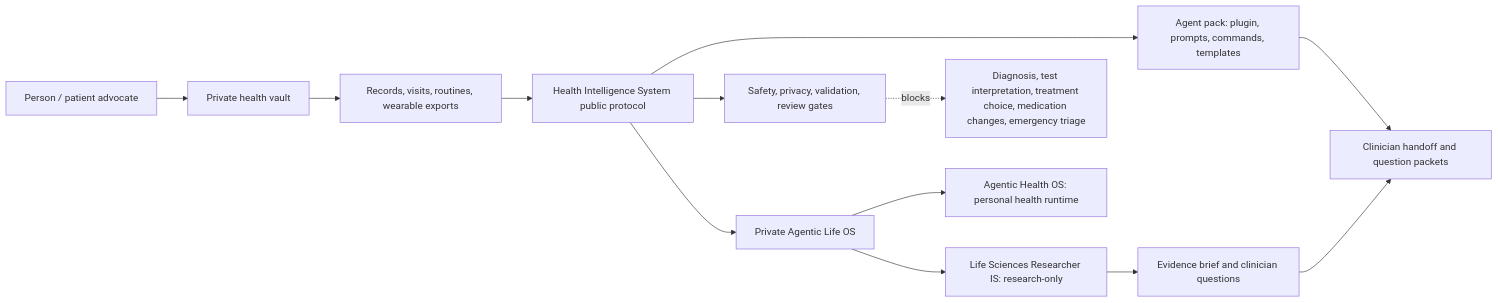
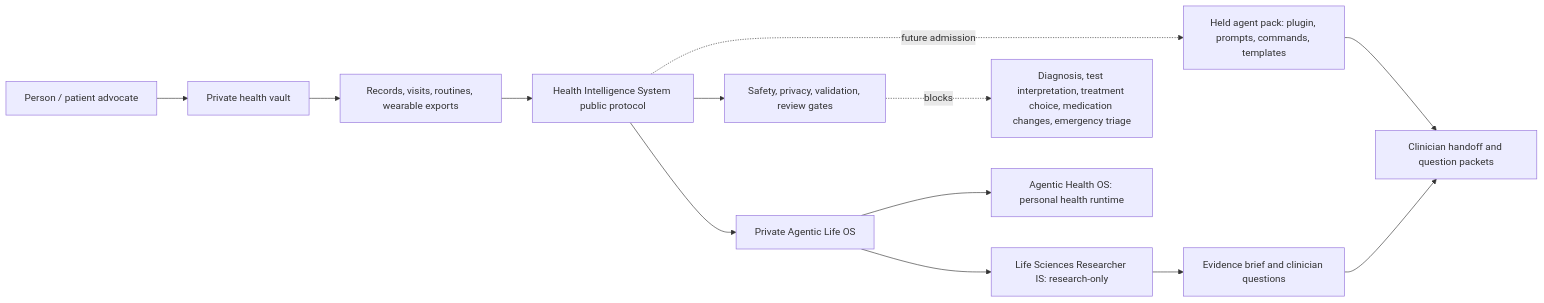
One commit to frankxai/health-intelligence-system changed the diagram in README.md. Above: the diagram before and after it, drawn with Mermaid. The commit also changed other lines of this file and 90 other files, not shown here.

````diff
--- a/README.md
+++ b/README.md
@@ -121,15 +125,15 @@
 ```mermaid
 flowchart LR
   user["Person / patient advocate"] --> vault["Private health vault"]
   vault --> records["Records, visits, routines, wearable exports"]
   records --> his["Health Intelligence System public protocol"]
-  his --> agent["Agent pack: plugin, prompts, commands, templates"]
+  his -. future admission .-> agent["Held agent pack: plugin, prompts, commands, templates"]
   agent --> handoff["Clinician handoff and question packets"]
   his --> safety["Safety, privacy, validation, review gates"]
   his --> alos["Private Agentic Life OS"]
   alos --> ahos["Agentic Health OS: personal health runtime"]
   alos --> lsr["Life Sciences Researcher IS: research-only"]
   lsr --> brief["Evidence brief and clinician questions"]
   brief --> handoff
   safety -. blocks .-> blocked["Diagnosis, test interpretation, treatment choice, medication changes, emergency triage"]
 ```
````
